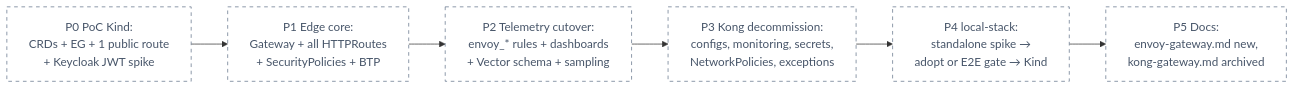
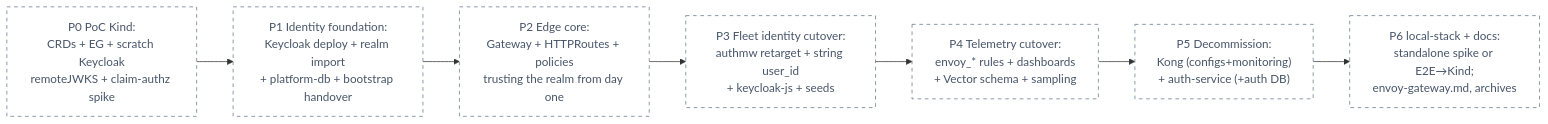
Before and after one commit to duynhlab/homelab: the second of 2 diagrams in docs/proposals/rfc/RFC-0024/README.md, drawn with Mermaid. The commit also changed other lines of this file and 6 other files, not shown here.

````diff
--- a/docs/proposals/rfc/RFC-0024/README.md
+++ b/docs/proposals/rfc/RFC-0024/README.md
@@ -185,11 +199,12 @@
 ```mermaid
 flowchart LR
-    P0["P0 PoC Kind:<br/>CRDs + EG + 1 public route<br/>+ Keycloak JWT spike"] --> P1["P1 Edge core:<br/>Gateway + all HTTPRoutes<br/>+ SecurityPolicies + BTP"]
-    P1 --> P2["P2 Telemetry cutover:<br/>envoy_* rules + dashboards<br/>+ Vector schema + sampling"]
-    P2 --> P3["P3 Kong decommission:<br/>configs, monitoring, secrets,<br/>NetworkPolicies, exceptions"]
-    P3 --> P4["P4 local-stack:<br/>standalone spike →<br/>adopt or E2E gate → Kind"]
-    P4 --> P5["P5 Docs:<br/>envoy-gateway.md new,<br/>kong-gateway.md archived"]
+    P0["P0 PoC Kind:<br/>CRDs + EG + scratch Keycloak<br/>remoteJWKS + claim-authz spike"] --> P1["P1 Identity foundation:<br/>Keycloak deploy + realm import<br/>+ platform-db + bootstrap handover"]
+    P1 --> P2["P2 Edge core:<br/>Gateway + HTTPRoutes + policies<br/>trusting the realm from day one"]
+    P2 --> P3["P3 Fleet identity cutover:<br/>authmw retarget + string user_id<br/>+ keycloak-js + seeds"]
+    P3 --> P4["P4 Telemetry cutover:<br/>envoy_* rules + dashboards<br/>+ Vector schema + sampling"]
+    P4 --> P5["P5 Decommission:<br/>Kong (configs+monitoring)<br/>+ auth-service (+auth DB)"]
+    P5 --> P6["P6 local-stack + docs:<br/>standalone spike or E2E→Kind;<br/>envoy-gateway.md, archives"]
 
     classDef planned fill:#fff,color:#475569,stroke:#64748b,stroke-dasharray:5 5;
-    class P0,P1,P2,P3,P4,P5 planned;
+    class P0,P1,P2,P3,P4,P5,P6 planned;
 ```
````
